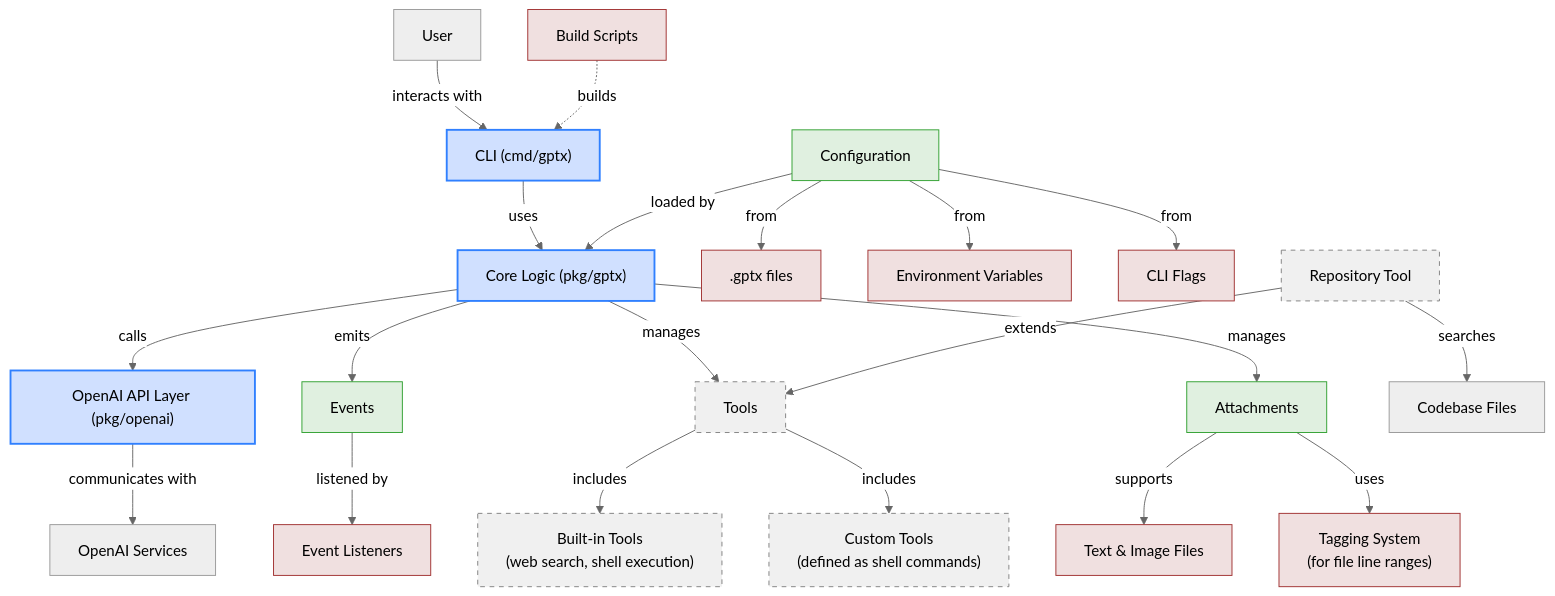
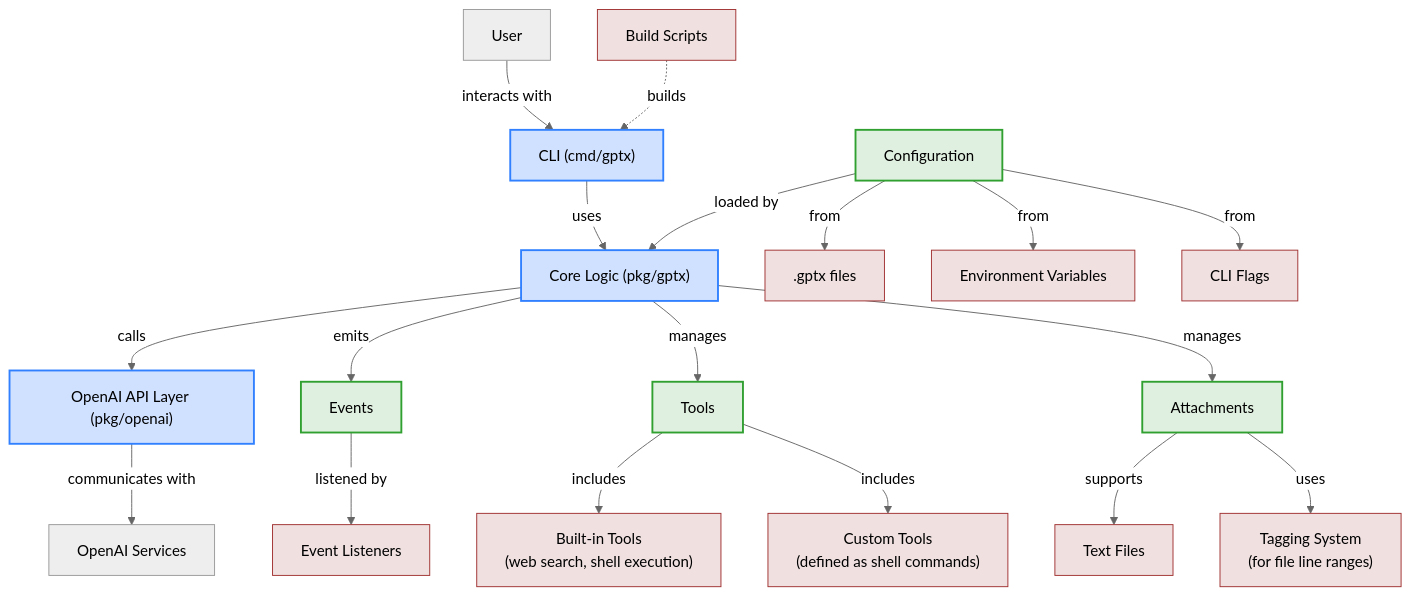
The first of 6 diagrams in docs/architecture.md (mohdfareed/gptx-cli), drawn with Mermaid (neutral theme) before and after one commit. The commit also changed other lines of this file and 19 other files, not shown here.

````diff
--- a/docs/architecture.md
+++ b/docs/architecture.md
@@ -7,44 +7,37 @@
 ```mermaid
 graph TD
     User[User] -->|interacts with| CLI["CLI (cmd/gptx)"]
     CLI -->|uses| Core["Core Logic (pkg/gptx)"]
     Core -->|calls| API["OpenAI API Layer (pkg/openai)"]
     API -->|communicates with| OpenAI[OpenAI Services]
 
     %% Configuration flow
     Config[Configuration] -->|loaded by| Core
     Config -->|from| ConfigFiles[".gptx files"]
     Config -->|from| EnvVars["Environment Variables"]
     Config -->|from| CLIFlags["CLI Flags"]
 
     %% Events and Tools
     Core -->|emits| Events[Events]
     Events -->|listened by| Listeners[Event Listeners]
     Core -->|manages| Tools[Tools]
     Tools -->|includes| BuiltInTools["Built-in Tools\n(web search, shell execution)"]
     Tools -->|includes| CustomTools["Custom Tools\n(defined as shell commands)"]
 
     %% Attachments
     Core -->|manages| Attachments[Attachments]
-    Attachments -->|supports| Files["Text & Image Files"]
+    Attachments -->|supports| Files["Text Files"]
     Attachments -->|uses| Tags["Tagging System\n(for file line ranges)"]
-
-    %% Repository tool
-    Repo["Repository Tool"] -->|extends| Tools
-    Repo -->|searches| Codebase["Codebase Files"]
 
     %% Build and Deploy
     Scripts["Build Scripts"] -.->|builds| CLI
 
     classDef primary fill:#d0e0ff,stroke:#3080ff,stroke-width:2px;
-    classDef secondary fill:#e0f0e0,stroke:#30a030,stroke-width:1px;
+    classDef secondary fill:#e0f0e0,stroke:#30a030,stroke-width:2px;
     classDef tertiary fill:#f0e0e0,stroke:#a03030,stroke-width:1px;
-    classDef planned fill:#f0f0f0,stroke:#808080,stroke-width:1px,stroke-dasharray: 5 5;
+    classDef future fill:#f0f0f0,stroke:#808080,stroke-width:1px,stroke-dasharray: 5 5;
 
     class CLI,Core,API primary;
     class Config,Events,Tools,Attachments secondary;
-    class ConfigFiles,EnvVars,CLIFlags,Listeners,BuiltInTools,CustomTools,Files,Tags,Repo,Scripts tertiary;
-
-    %% Highlight planned/not implemented components
-    class Tools,BuiltInTools,CustomTools,Repo planned;
+    class ConfigFiles,EnvVars,CLIFlags,Listeners,BuiltInTools,CustomTools,Files,Tags,Scripts tertiary;
 ```
````
